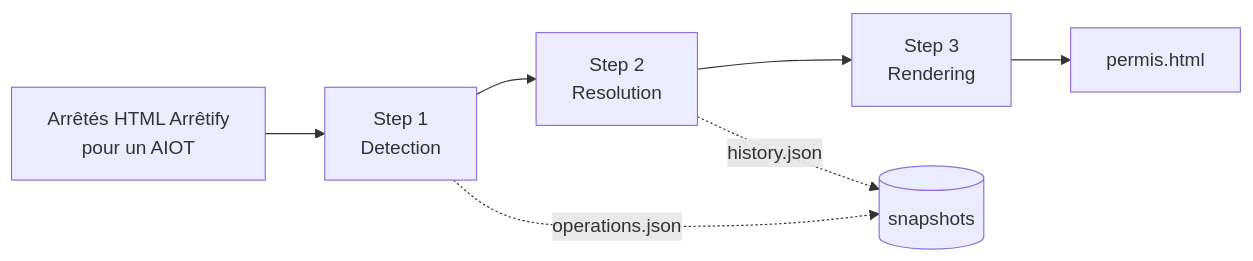
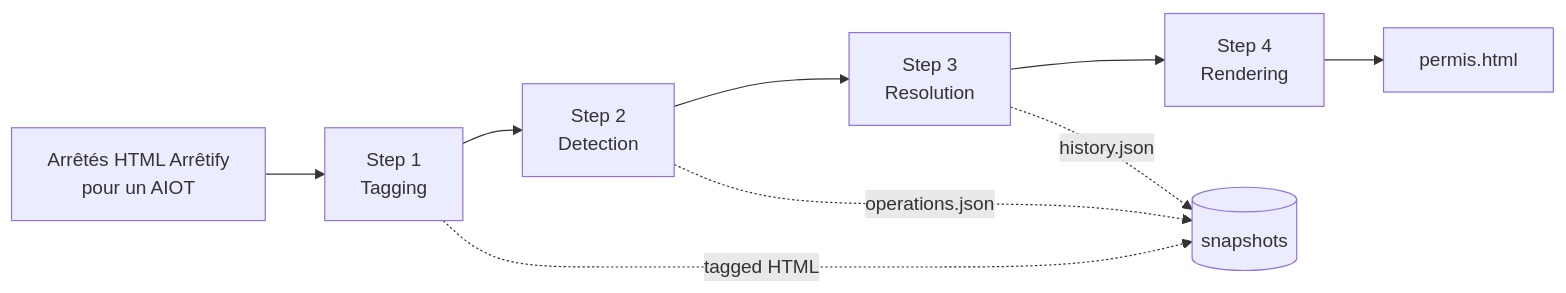
The first of 2 diagrams in docs/architecture.md (mte-dgpr/ocapi), drawn with Mermaid before and after one commit. The commit also changed other lines of this file and 61 other files, not shown here.

````diff
--- a/docs/architecture.md
+++ b/docs/architecture.md
@@ -14,9 +14,11 @@
 ```mermaid
 flowchart LR
-  inputs["Arrêtés HTML Arrêtify<br/>pour un AIOT"] --> detection["Step 1<br/>Detection"]
-  detection --> resolution["Step 2<br/>Resolution"]
-  resolution --> rendering["Step 3<br/>Rendering"]
+  inputs["Arrêtés HTML Arrêtify<br/>pour un AIOT"] --> tagging["Step 1<br/>Tagging"]
+  tagging --> detection["Step 2<br/>Detection"]
+  detection --> resolution["Step 3<br/>Resolution"]
+  resolution --> rendering["Step 4<br/>Rendering"]
   rendering --> permis["permis.html"]
-  detection -.->|operations.json| snapshot[("snapshots")]
+  tagging -.->|tagged HTML| snapshot[("snapshots")]
+  detection -.->|operations.json| snapshot
   resolution -.->|history.json| snapshot
 ```
````
